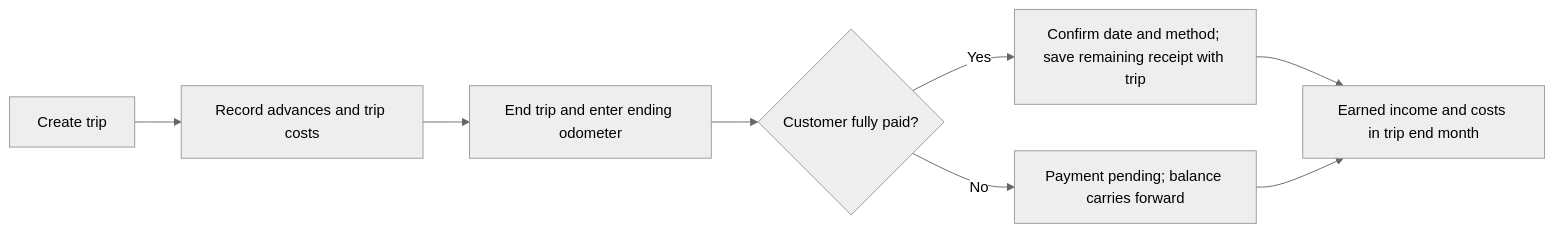
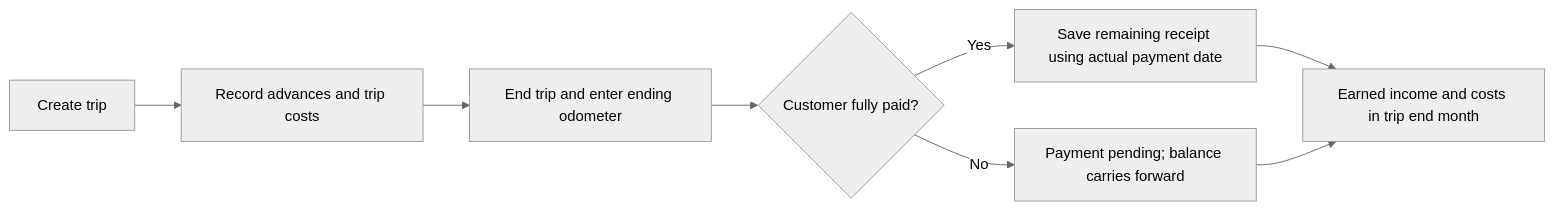
The first of 3 diagrams in docs/APPLICATION-BLUEPRINT.md (Re-Nj-U/PH-Ledger), drawn with Mermaid (neutral theme) before and after one commit. The commit also changed other lines of this file and 15 other files, not shown here.

Commit message:
Simplify trip entry and fix payment status

````diff
--- a/docs/APPLICATION-BLUEPRINT.md
+++ b/docs/APPLICATION-BLUEPRINT.md
@@ -81,10 +81,10 @@
 ```mermaid
 flowchart LR
   A[Create trip] --> B[Record advances and trip costs]
   B --> C[End trip and enter ending odometer]
   C --> D{Customer fully paid?}
-  D -->|Yes| E[Confirm date and method; save remaining receipt with trip]
+  D -->|Yes| E[Save remaining receipt using actual payment date]
   D -->|No| F[Payment pending; balance carries forward]
   E --> G[Earned income and costs in trip end month]
   F --> G
 ```
````
